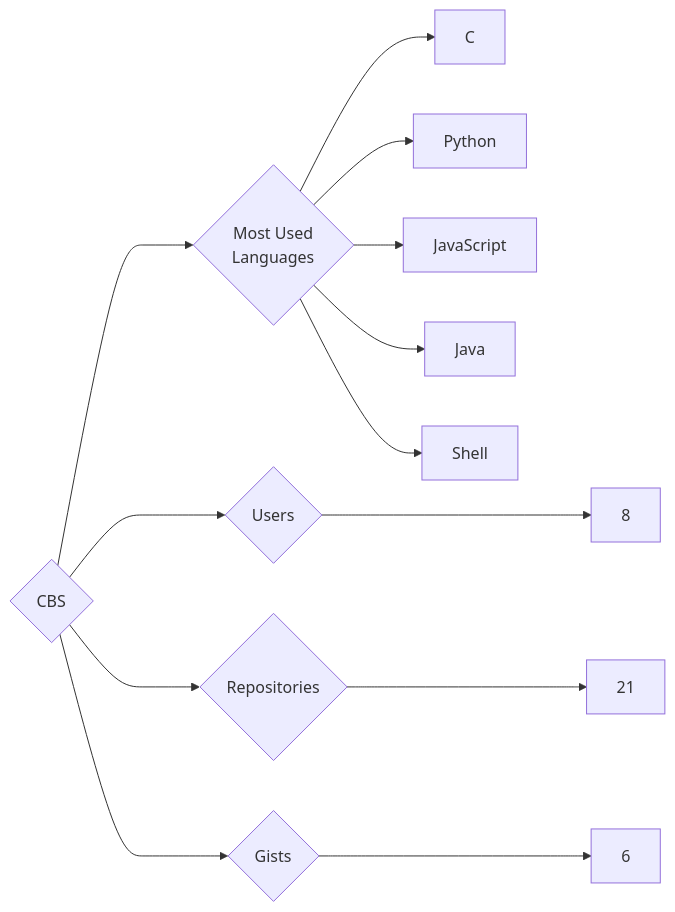
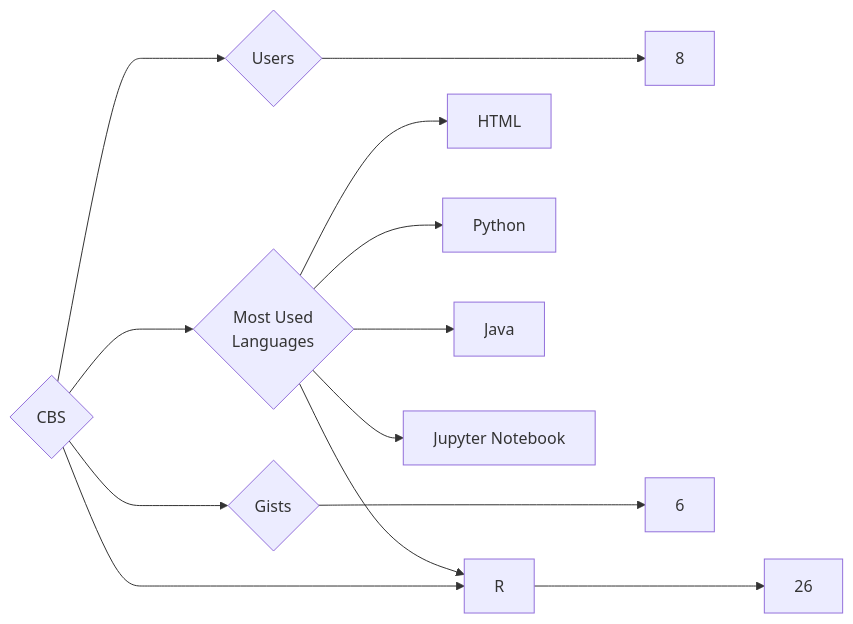
One commit to trickest/insiders changed the diagram in targets/CBS/README.md. Above: the diagram before and after it, drawn with Mermaid. The commit also changed 809 other files, not shown here.

````diff
--- a/targets/CBS/README.md
+++ b/targets/CBS/README.md
@@ -3,13 +3,13 @@
 ```mermaid
 graph LR
 COMPANY_NAME{CBS}
 COMPANY_NAME ---> U{Users} ---> UN[8]
-COMPANY_NAME ---> R{Repositories} ---> RN[21]
+COMPANY_NAME ---> R{Repositories} ---> RN[26]
 COMPANY_NAME ---> G{Gists} ---> GN[6]
 COMPANY_NAME ---> ML{Most Used<br>Languages}
-ML --> C[C]
+ML --> HTML[HTML]
 ML --> Python[Python]
-ML --> JavaScript[JavaScript]
 ML --> Java[Java]
-ML --> Shell[Shell]
+ML --> R[R]
+ML --> Jupyter_Notebook[Jupyter Notebook]
 ```
````
